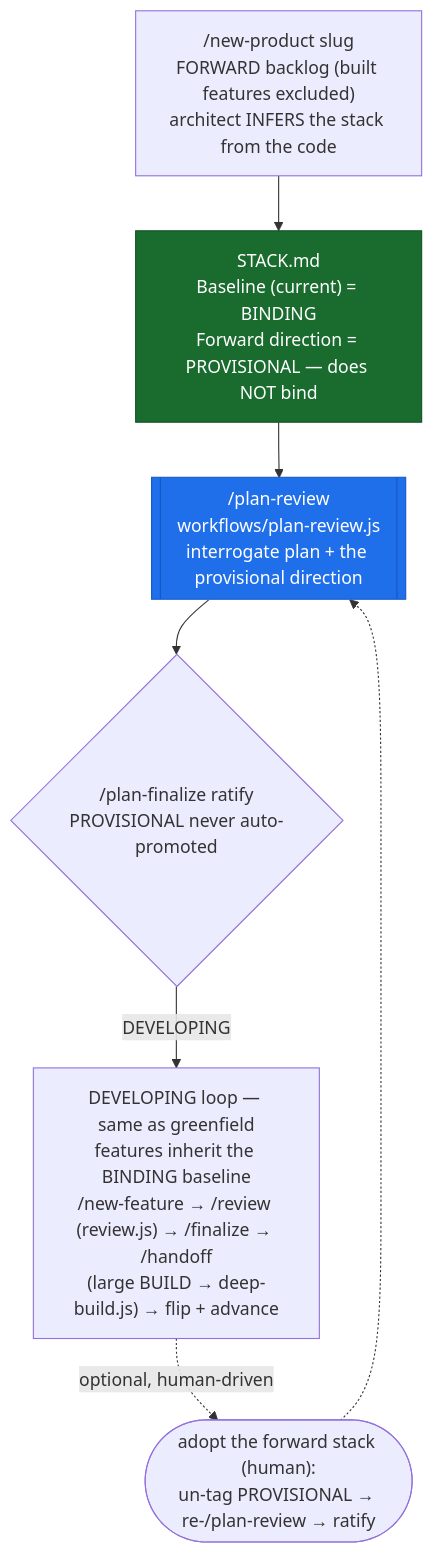
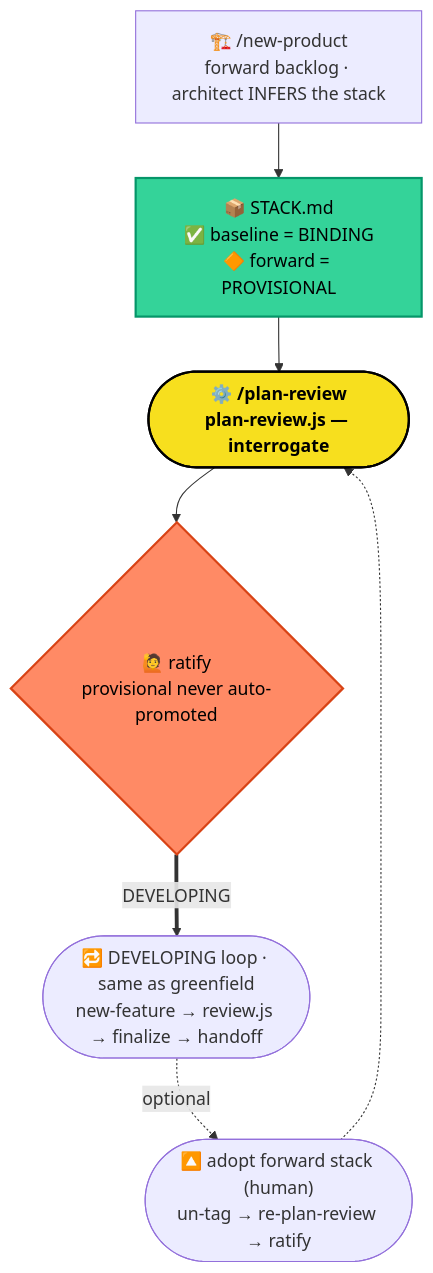
Before and after one commit to rocar/build-fleet: the third of 3 diagrams in README.md, drawn with Mermaid. The commit also changed other lines of this file, not shown here.

First line of the commit message:
docs: make README diagrams vibier — .js workflows as the hero

````diff
--- a/README.md
+++ b/README.md
@@ -101,18 +109,20 @@
 ```mermaid
 flowchart TD
-    NP["/new-product slug<br/>FORWARD backlog (built features excluded)<br/>architect INFERS the stack from the code"]
-    STK["STACK.md<br/>Baseline (current) = BINDING<br/>Forward direction = PROVISIONAL — does NOT bind"]
-    PR[["/plan-review<br/>workflows/plan-review.js<br/>interrogate plan + the provisional direction"]]
-    PF{"/plan-finalize ratify<br/>PROVISIONAL never auto-promoted"}
-    LOOP["DEVELOPING loop — same as greenfield<br/>features inherit the BINDING baseline<br/>/new-feature → /review (review.js) → /finalize → /handoff<br/>(large BUILD → deep-build.js) → flip + advance"]
-    PROMOTE(["adopt the forward stack (human):<br/>un-tag PROVISIONAL → re-/plan-review → ratify"])
+    NP["🏗️ /new-product<br/>forward backlog · architect INFERS the stack"]
+    STK["📦 STACK.md<br/>✅ baseline = BINDING<br/>🔶 forward = PROVISIONAL"]
+    PR(["⚙️ /plan-review<br/>plan-review.js — interrogate"])
+    PF{"🙋 ratify<br/>provisional never auto-promoted"}
+    LOOP(["🔁 DEVELOPING loop · same as greenfield<br/>new-feature → review.js → finalize → handoff"])
+    PROMOTE(["🔼 adopt forward stack (human)<br/>un-tag → re-plan-review → ratify"])
 
-    NP --> STK --> PR --> PF -->|DEVELOPING| LOOP
-    LOOP -.->|"optional, human-driven"| PROMOTE
-    PROMOTE -.-> PR
+    NP --> STK --> PR --> PF
+    PF ==>|DEVELOPING| LOOP
+    LOOP -.->|optional| PROMOTE -.-> PR
 
-    classDef wf fill:#1f6feb,color:#fff,stroke:#1158c7;
-    classDef bind fill:#196c2e,color:#fff,stroke:#0f5323;
-    class PR wf;
+    classDef js fill:#f7df1e,color:#000,stroke:#000,stroke-width:2px,font-weight:bold;
+    classDef gate fill:#ff8a65,color:#000,stroke:#d84315,stroke-width:2px;
+    classDef bind fill:#34d399,color:#000,stroke:#059669,stroke-width:2px;
+    class PR js;
+    class PF gate;
     class STK bind;
 ```
````
